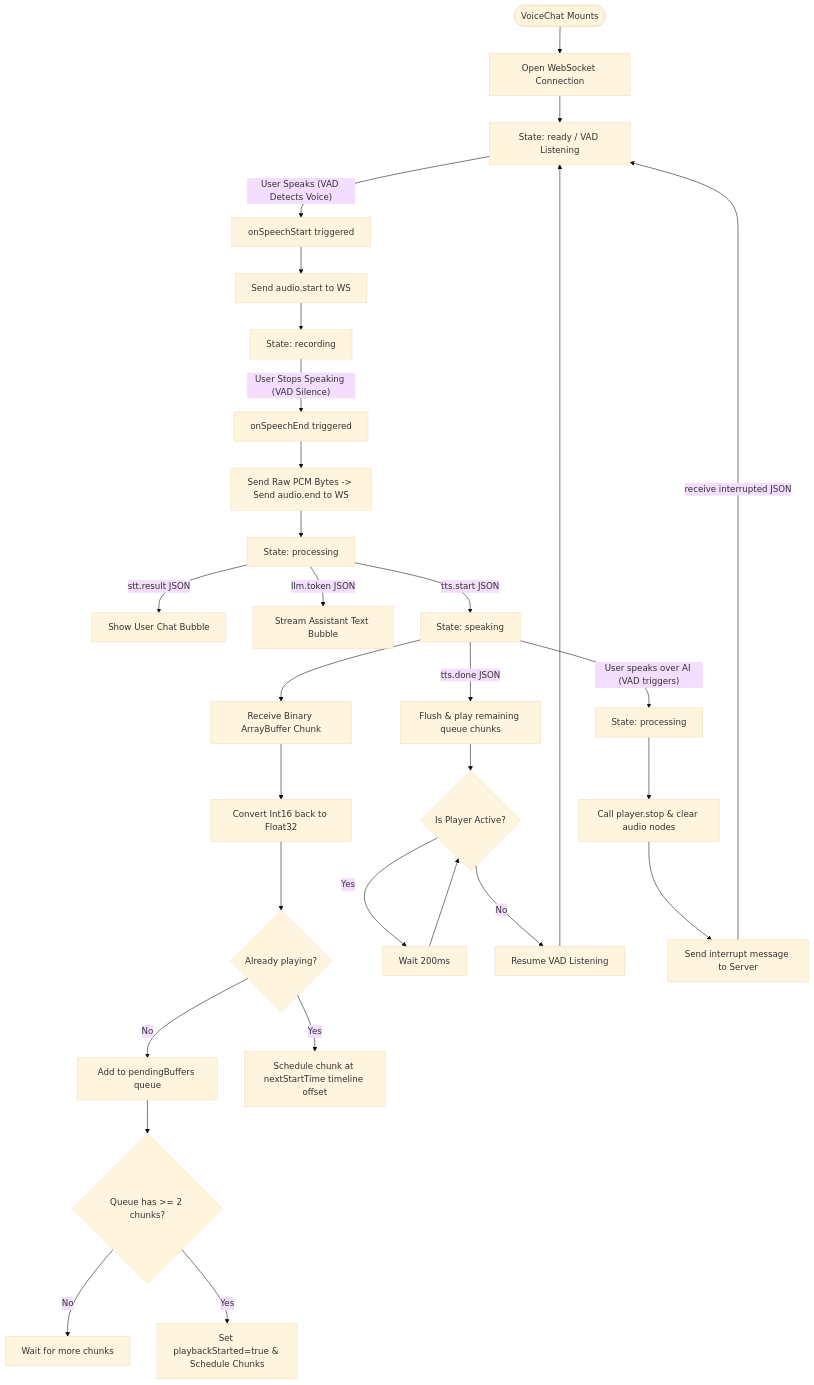
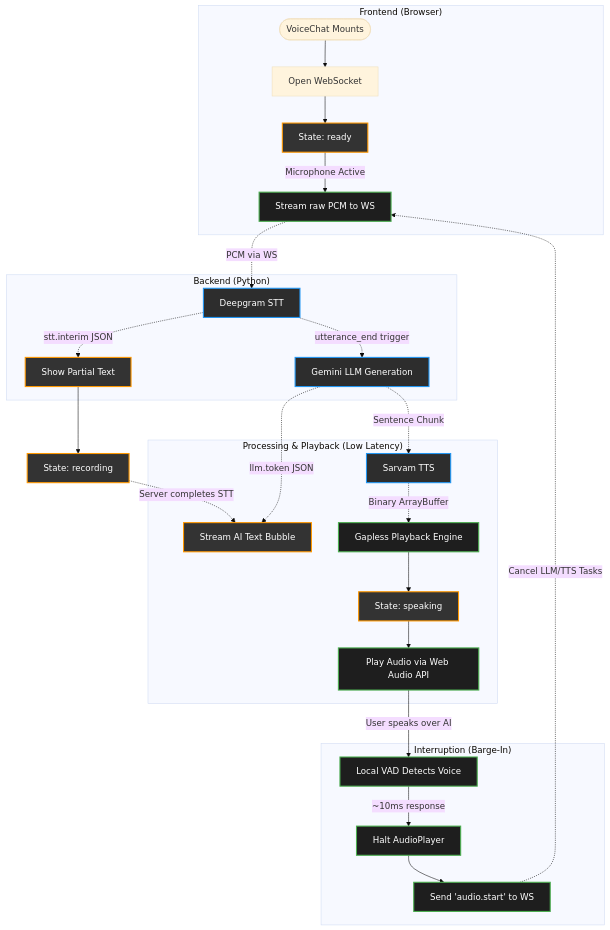
One commit to SOGeKING-NUL/tts-speech-engine changed the diagram in frontend_explanation.md. Above: the diagram before and after it, drawn with Mermaid (base theme). The commit also changed other lines of this file and 4 other files, not shown here.

````diff
--- a/frontend_explanation.md
+++ b/frontend_explanation.md
@@ -11,45 +11,42 @@
 ```mermaid
 graph TD
-    Start([VoiceChat Mounts]) --> Connect[Open WebSocket Connection]
-    Connect --> IdleState["State: ready / VAD Listening"]
+    %% Define Styles
+    classDef client fill:#1e1e1e,stroke:#4CAF50,stroke-width:2px,color:#fff
+    classDef server fill:#2d2d2d,stroke:#2196F3,stroke-width:2px,color:#fff
+    classDef ui fill:#333,stroke:#ff9800,stroke-width:2px,color:#fff
 
-    %% --- RECORDING PHASE (VAD) ---
-    IdleState -- "User Speaks (VAD Detects Voice)" --> VADSpeechStart["onSpeechStart triggered"]
-    VADSpeechStart --> SendStart["Send audio.start to WS"]
-    SendStart --> StartRec["State: recording"]
+    subgraph "Frontend (Browser)"
+        Start([VoiceChat Mounts]) --> Connect[Open WebSocket]
+        Connect --> IdleState["State: ready"]:::ui
+        
+        %% Continuous Streaming
+        IdleState --> |Microphone Active| StreamAudio["Stream raw PCM to WS"]:::client
+    end
     
-    StartRec -- "User Stops Speaking (VAD Silence)" --> VADSpeechEnd["onSpeechEnd triggered"]
-    VADSpeechEnd --> SendData["Send Raw PCM Bytes -> Send audio.end to WS"]
-    SendData --> ProcessingState["State: processing"]
-
-    %% --- PROCESSING PHASE ---
-    ProcessingState -- "stt.result JSON" --> DisplayUserChat["Show User Chat Bubble"]
-    ProcessingState -- "llm.token JSON" --> DisplayLLMStream["Stream Assistant Text Bubble"]
-    ProcessingState -- "tts.start JSON" --> SpeakingState["State: speaking"]
-
-    %% --- SPEAKING/PLAYBACK PHASE ---
-    SpeakingState --> ReceiveBytes["Receive Binary ArrayBuffer Chunk"]
-    ReceiveBytes --> PCMToFloat["Convert Int16 back to Float32"]
-    PCMToFloat --> DynamicBuffer{"Already playing?"}
+    subgraph "Backend (Python)"
+        StreamAudio -.-> |PCM via WS| Deepgram["Deepgram STT"]:::server
+        Deepgram -.-> |stt.interim JSON| InterimUI["Show Partial Text"]:::ui
+        
+        Deepgram -.-> |utterance_end trigger| LLM["Gemini LLM Generation"]:::server
+    end
     
-    DynamicBuffer -- "No" --> BufferPre["Add to pendingBuffers queue"]
-    BufferPre --> CheckThreshold{"Queue has >= 2 chunks?"}
-    CheckThreshold -- "No" --> WaitMore["Wait for more chunks"]
-    CheckThreshold -- "Yes" --> StartPlayback["Set playbackStarted=true & Schedule Chunks"]
+    InterimUI --> StartRec["State: recording"]:::ui
     
-    DynamicBuffer -- "Yes" --> ScheduleImmediate["Schedule chunk at nextStartTime timeline offset"]
-
-    %% --- TERMINATION PHASE ---
-    SpeakingState -- "tts.done JSON" --> FlushBuffers["Flush & play remaining queue chunks"]
-    FlushBuffers --> PollPlayer{"Is Player Active?"}
-    PollPlayer -- "Yes" --> Sleep["Wait 200ms"]
-    Sleep --> PollPlayer
-    PollPlayer -- "No" --> ResumeVAD["Resume VAD Listening"]
-    ResumeVAD --> IdleState
-
-    %% --- INTERRUPTION PHASE (FULL-DUPLEX BARGE-IN) ---
-    SpeakingState -- "User speaks over AI (VAD triggers)" --> Interrupt["State: processing"]
-    Interrupt --> StopPlayer["Call player.stop & clear audio nodes"]
-    StopPlayer --> SendInterrupt["Send interrupt message to Server"]
-    SendInterrupt -- "receive interrupted JSON" --> IdleState
+    subgraph "Processing & Playback (Low Latency)"
+        LLM -.-> |llm.token JSON| StreamUI["Stream AI Text Bubble"]:::ui
+        LLM -.-> |Sentence Chunk| TTS["Sarvam TTS"]:::server
+        
+        TTS -.-> |Binary ArrayBuffer| Playback["Gapless Playback Engine"]:::client
+        Playback --> SpeakingState["State: speaking"]:::ui
+        SpeakingState --> PlayAudio["Play Audio via Web Audio API"]:::client
+    end
+    
+    StartRec -.-> |Server completes STT| StreamUI
+    
+    subgraph "Interruption (Barge-In)"
+        PlayAudio --> |User speaks over AI| VAD["Local VAD Detects Voice"]:::client
+        VAD --> |~10ms response| StopPlayer["Halt AudioPlayer"]:::client
+        StopPlayer --> SendInterrupt["Send 'audio.start' to WS"]:::client
+        SendInterrupt -.-> |Cancel LLM/TTS Tasks| StreamAudio
+    end
 ```
````
